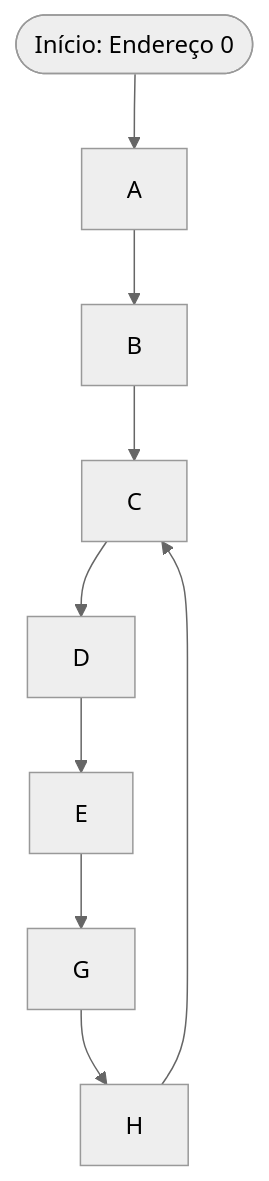
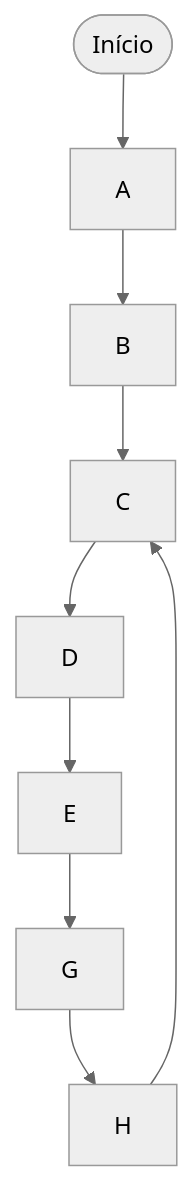
One commit to ediasv/arq-comp changed the diagram in PROGRAM_CALC/README.md. Above: the diagram before and after it, drawn with Mermaid (neutral theme).

Commit message:
att readme

````diff
--- a/PROGRAM_CALC/README.md
+++ b/PROGRAM_CALC/README.md
@@ -108,11 +108,11 @@
 ```mermaid
 graph TD
-    Start([Início: Endereço 0]) --> A
+    Start([Início]) --> A
     A[A] --> B[B]
     B --> C[C]
     C --> D[D]
     D --> E[E]
     E --> G[G]
     G --> H[H]
     H --> C
 ```
````
